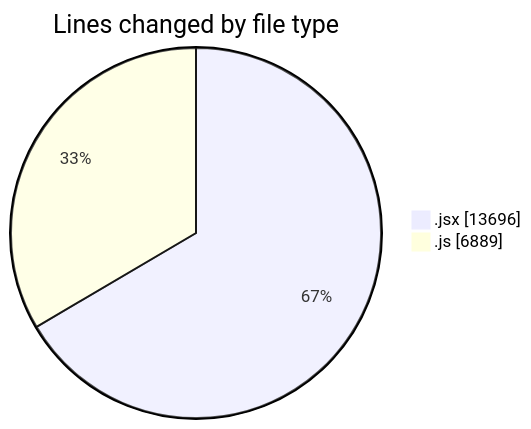
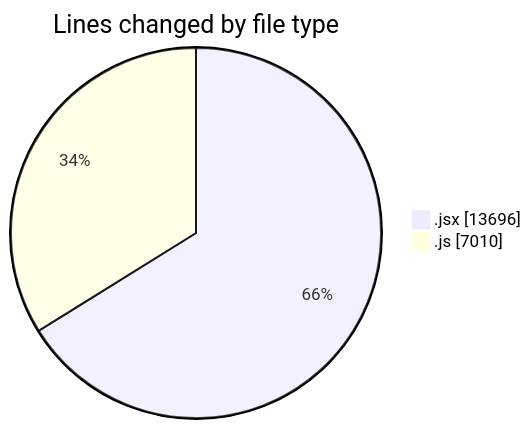
Before and after one commit to nxtqubesakshisongat/code-tracking: the first of 2 diagrams in 2025-09-25/nxtqube_webapp/README.md, drawn with Mermaid. The commit also changed other lines of this file and 1 other file, not shown here.

````diff
--- a/2025-09-25/nxtqube_webapp/README.md
+++ b/2025-09-25/nxtqube_webapp/README.md
@@ -27,6 +27,6 @@
 ```mermaid
 pie showData
 title Lines changed by file type
 ".jsx" : 13696
-".js" : 6889
+".js" : 7010
 ```
````
